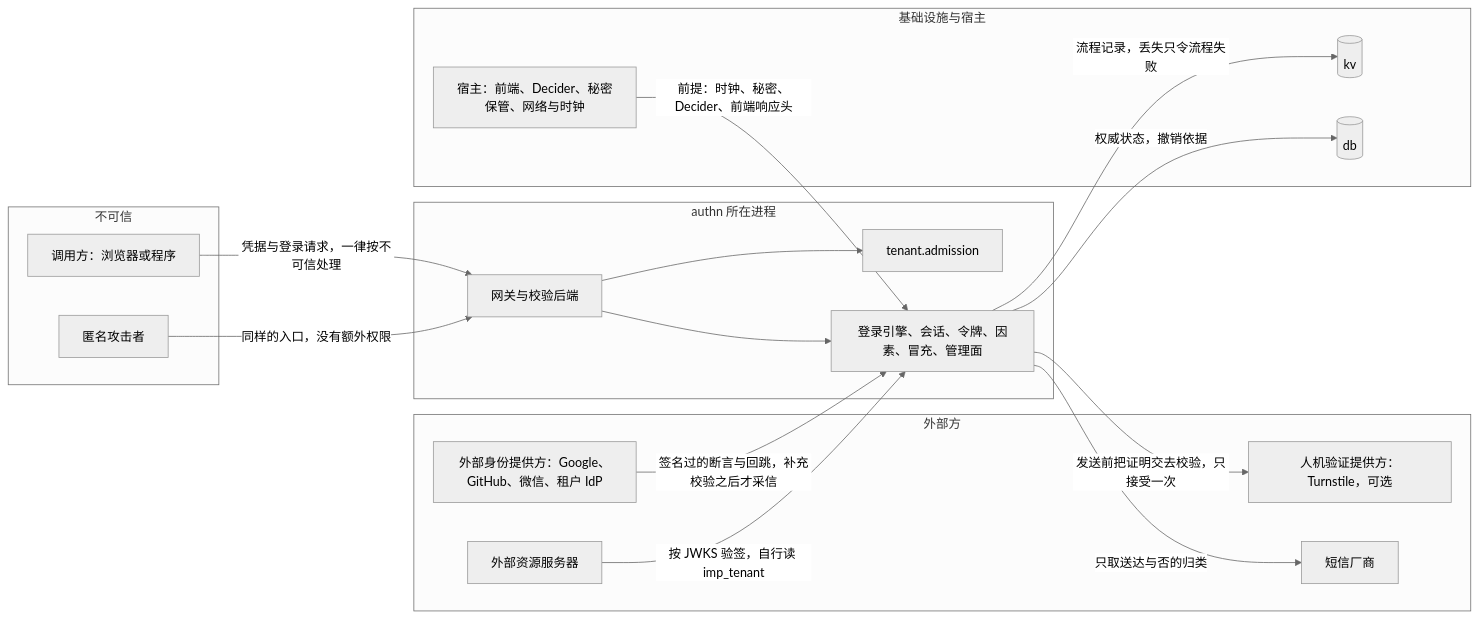
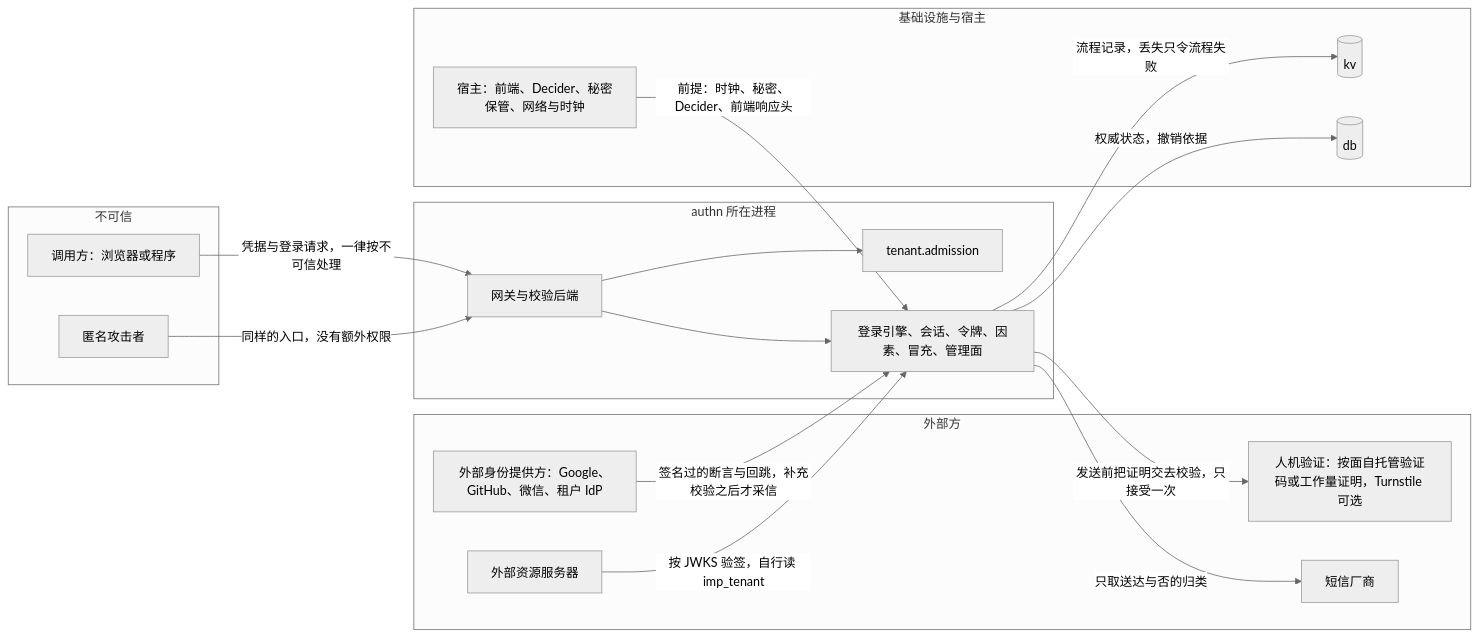
The first of 2 diagrams in docs/design/modules/authn/design-authn-threats.md (wangzw/speed), drawn with Mermaid (neutral theme) before and after one commit. The commit also changed other lines of this file and 14 other files, not shown here.

````diff
--- a/docs/design/modules/authn/design-authn-threats.md
+++ b/docs/design/modules/authn/design-authn-threats.md
@@ -257,34 +257,34 @@
 ```mermaid
 flowchart LR
     subgraph untrusted["不可信"]
         caller["调用方：浏览器或程序"]
         attacker["匿名攻击者"]
     end
     subgraph external["外部方"]
         idp["外部身份提供方：Google、GitHub、微信、租户 IdP"]
         smsvendor["短信厂商"]
-        hv["人机验证提供方：Turnstile，可选"]
+        hv["人机验证：按面自托管验证码或工作量证明，Turnstile 可选"]
         rs["外部资源服务器"]
     end
     subgraph process["authn 所在进程"]
         gate["网关与校验后端"]
         engine["登录引擎、会话、令牌、因素、冒充、管理面"]
         adm["tenant.admission"]
     end
     subgraph infra["基础设施与宿主"]
         db[("db")]
         kv[("kv")]
         host["宿主：前端、Decider、秘密保管、网络与时钟"]
     end
     caller -->|"凭据与登录请求，一律按不可信处理"| gate
     attacker -->|"同样的入口，没有额外权限"| gate
     gate --> engine
     gate --> adm
     idp -->|"签名过的断言与回跳，补充校验之后才采信"| engine
     engine -->|"只取送达与否的归类"| smsvendor
     engine -->|"发送前把证明交去校验，只接受一次"| hv
     rs -->|"按 JWKS 验签，自行读 imp_tenant"| engine
     engine -->|"权威状态，撤销依据"| db
     engine -->|"流程记录，丢失只令流程失败"| kv
     host -->|"前提：时钟、秘密、Decider、前端响应头"| engine
 ```
````
